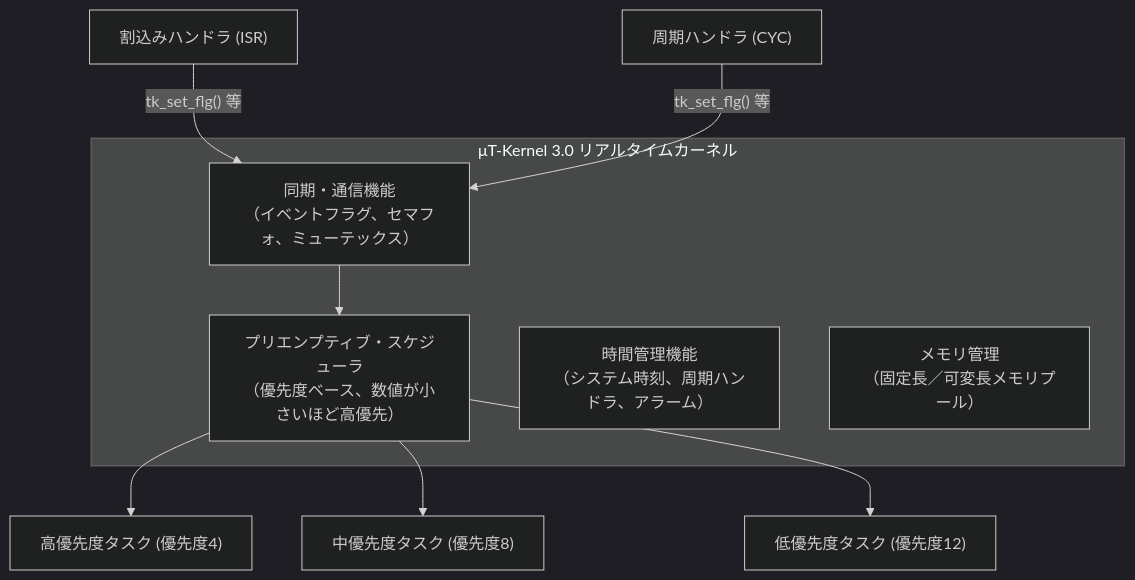
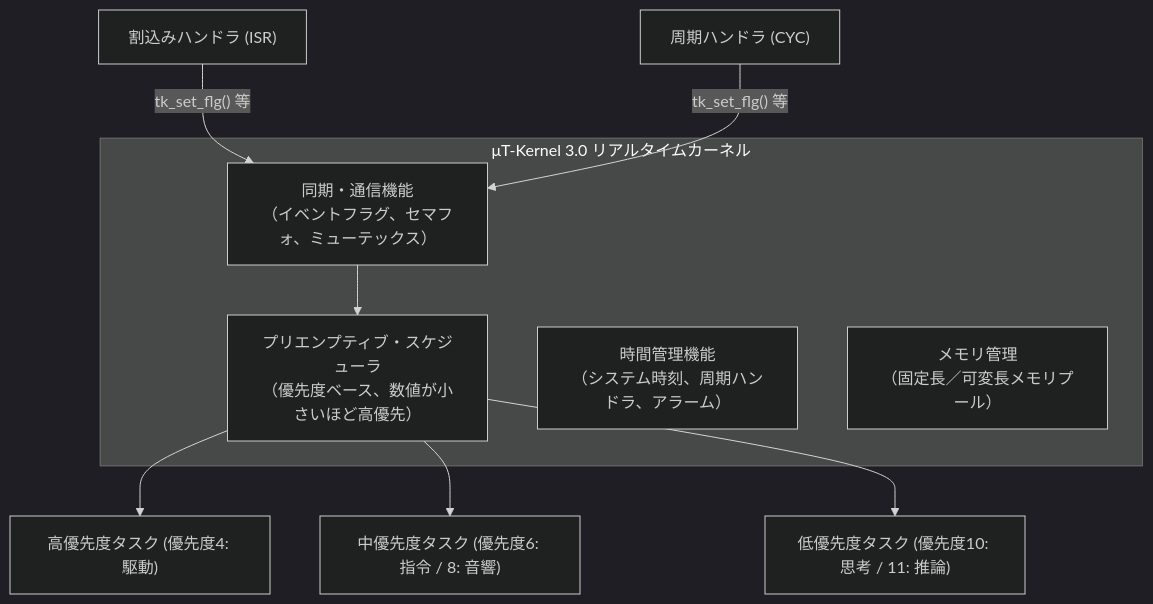
The first of 3 diagrams in docs/textbook/04_rtos_and_multicore.md (horned128/sound-exploration-rover), drawn with Mermaid (dark theme) before and after one commit. The commit also changed other lines of this file and 20 other files, not shown here.

````diff
--- a/docs/textbook/04_rtos_and_multicore.md
+++ b/docs/textbook/04_rtos_and_multicore.md
@@ -11,16 +11,16 @@
 ```mermaid
 flowchart TD
     subgraph KERNEL["μT-Kernel 3.0 リアルタイムカーネル"]
         SCHED["プリエンプティブ・スケジューラ<br/>（優先度ベース、数値が小さいほど高優先）"]
         SYNC["同期・通信機能<br/>（イベントフラグ、セマフォ、ミューテックス）"]
         TIME["時間管理機能<br/>（システム時刻、周期ハンドラ、アラーム）"]
         MEM["メモリ管理<br/>（固定長／可変長メモリプール）"]
     end
 
     INT["割込みハンドラ (ISR)"] -->|"tk_set_flg() 等"| SYNC
     CYC["周期ハンドラ (CYC)"] -->|"tk_set_flg() 等"| SYNC
     SYNC --> SCHED
-    SCHED --> TSK1["高優先度タスク (優先度4)"]
-    SCHED --> TSK2["中優先度タスク (優先度8)"]
-    SCHED --> TSK3["低優先度タスク (優先度12)"]
+    SCHED --> TSK1["高優先度タスク (優先度4: 駆動)"]
+    SCHED --> TSK2["中優先度タスク (優先度6: 指令 / 8: 音響)"]
+    SCHED --> TSK3["低優先度タスク (優先度10: 思考 / 11: 推論)"]
 ```
````
